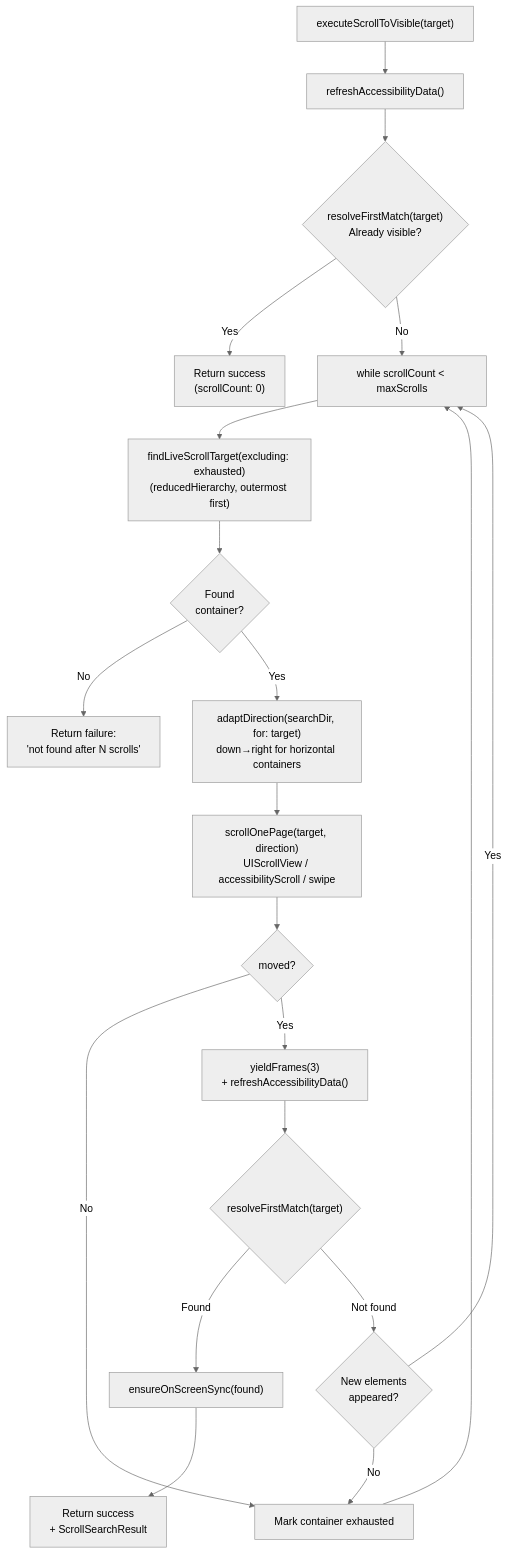
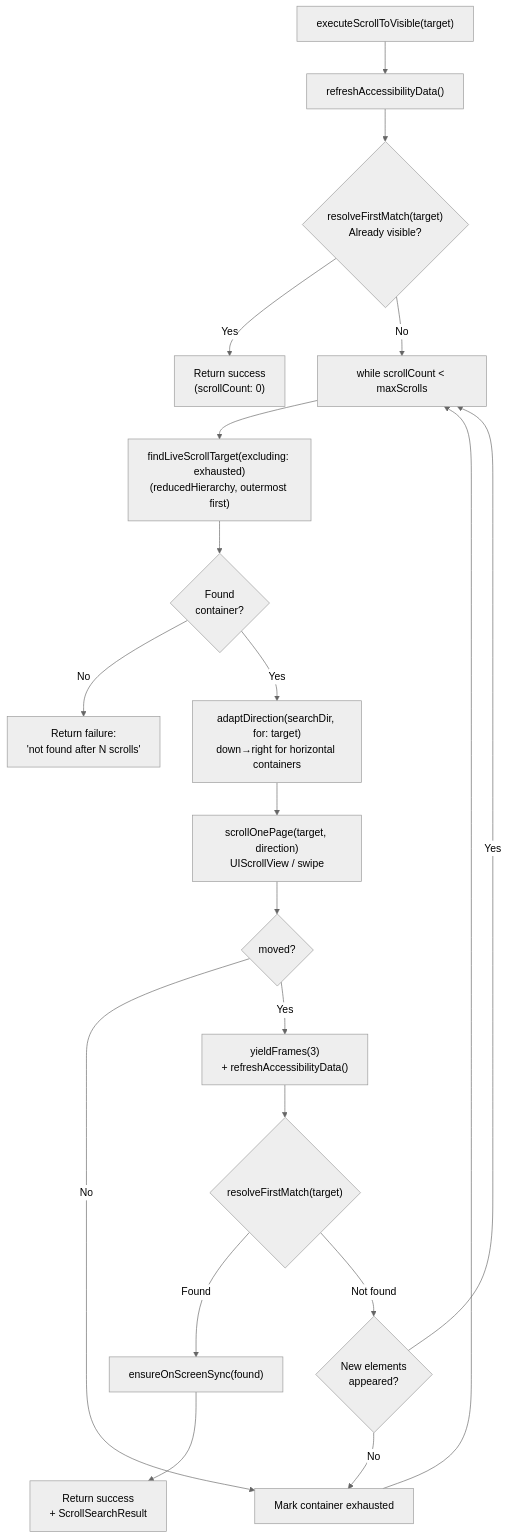
One commit to RoyalPineapple/TheButtonHeist changed the eighth of 9 diagrams in docs/dossiers/13-THEBAGMAN.md. Above: the diagram before and after it, drawn with Mermaid (neutral theme). The commit also changed other lines of this file and 5 other files, not shown here.

````diff
--- a/docs/dossiers/13-THEBAGMAN.md
+++ b/docs/dossiers/13-THEBAGMAN.md
@@ -267,25 +267,25 @@
 ```mermaid
 flowchart TD
     S["executeScrollToVisible(target)"] --> REF["refreshAccessibilityData()"]
     REF --> CHK{"resolveFirstMatch(target)<br/>Already visible?"}
     CHK -->|Yes| DONE["Return success<br/>(scrollCount: 0)"]
     CHK -->|No| LOOP["while scrollCount < maxScrolls"]
 
     LOOP --> FIND["findLiveScrollTarget(excluding: exhausted)<br/>(reducedHierarchy, outermost first)"]
     FIND --> SVOK{Found<br/>container?}
     SVOK -->|No| FAILN["Return failure:<br/>'not found after N scrolls'"]
     SVOK -->|Yes| ADAPT["adaptDirection(searchDir, for: target)<br/>down→right for horizontal containers"]
 
-    ADAPT --> SCROLL["scrollOnePage(target, direction)<br/>UIScrollView / accessibilityScroll / swipe"]
+    ADAPT --> SCROLL["scrollOnePage(target, direction)<br/>UIScrollView / swipe"]
     SCROLL --> MOVED{moved?}
     MOVED -->|No| EXHAUST["Mark container exhausted"]
     EXHAUST --> LOOP
 
     MOVED -->|Yes| SETTLE["yieldFrames(3)<br/>+ refreshAccessibilityData()"]
     SETTLE --> FM{"resolveFirstMatch(target)"}
     FM -->|Found| ENS["ensureOnScreenSync(found)"]
     ENS --> END["Return success<br/>+ ScrollSearchResult"]
     FM -->|Not found| NEW{New elements<br/>appeared?}
     NEW -->|No| EXHAUST
     NEW -->|Yes| LOOP
 ```
````
